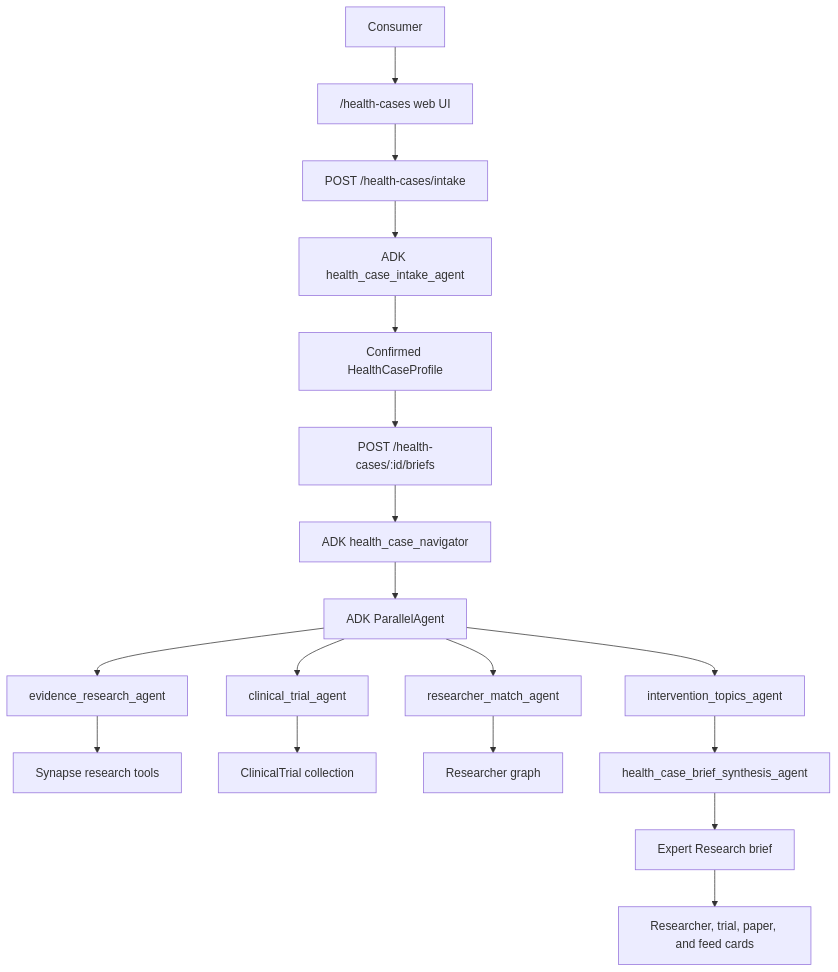
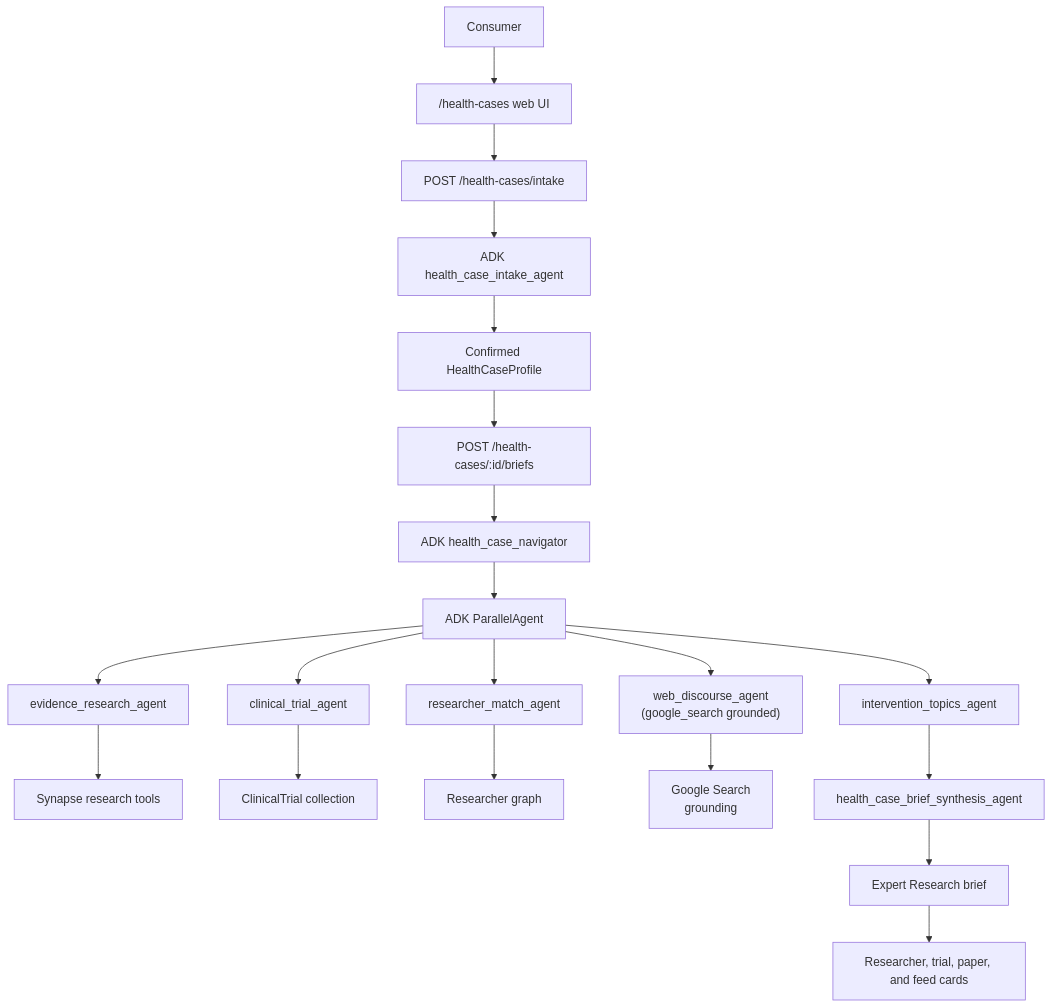
One commit to synapse-social-org/synapse-health-cases-adk changed the diagram in docs/google-adk-health-cases-architecture.md. Above: the diagram before and after it, drawn with Mermaid. The commit also changed other lines of this file and 7 other files, not shown here.

Commit message:
Sync MCP, eval set, Google Search, and brief CTAs

````diff
--- a/docs/google-adk-health-cases-architecture.md
+++ b/docs/google-adk-health-cases-architecture.md
@@ -34,20 +41,24 @@
 ```mermaid
 flowchart TD
   User["Consumer"] --> Web["/health-cases web UI"]
   Web --> Intake["POST /health-cases/intake"]
   Intake --> IntakeAgent["ADK health_case_intake_agent"]
   IntakeAgent --> Profile["Confirmed HealthCaseProfile"]
   Profile --> Brief["POST /health-cases/:id/briefs"]
   Brief --> Workflow["ADK health_case_navigator"]
   Workflow --> Parallel["ADK ParallelAgent"]
   Parallel --> Evidence["evidence_research_agent"]
   Parallel --> Trials["clinical_trial_agent"]
   Parallel --> Researchers["researcher_match_agent"]
+  Parallel --> WebDiscourse["web_discourse_agent
+  (google_search grounded)"]
   Evidence --> Tools["Synapse research tools"]
   Trials --> TrialDB["ClinicalTrial collection"]
   Researchers --> AuthorGraph["Researcher graph"]
+  WebDiscourse --> GoogleSearch["Google Search
+  grounding"]
   Parallel --> Topics["intervention_topics_agent"]
   Topics --> Synthesis["health_case_brief_synthesis_agent"]
   Synthesis --> Result["Expert Research brief"]
   Result --> Cards["Researcher, trial, paper, and feed cards"]
 ```
````
